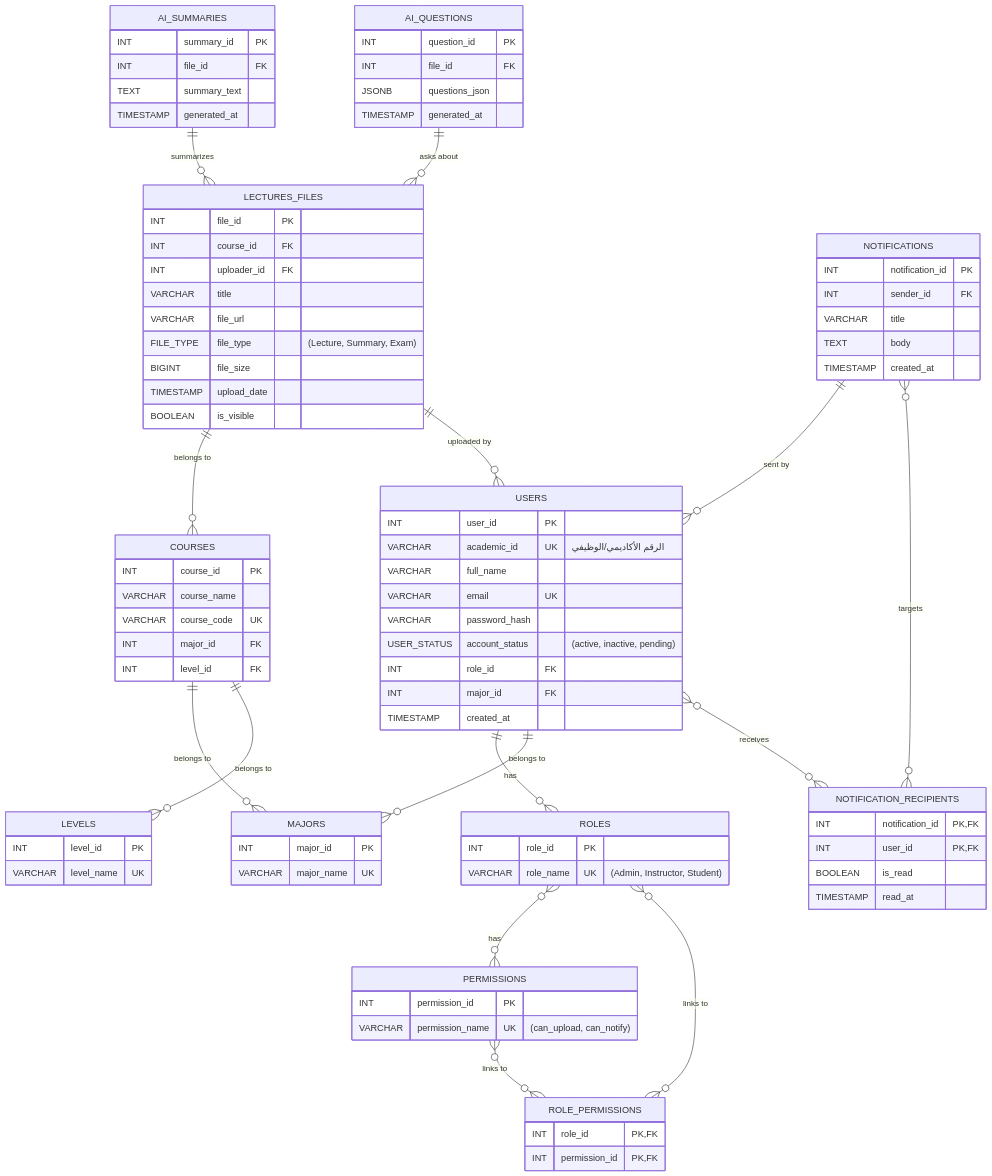
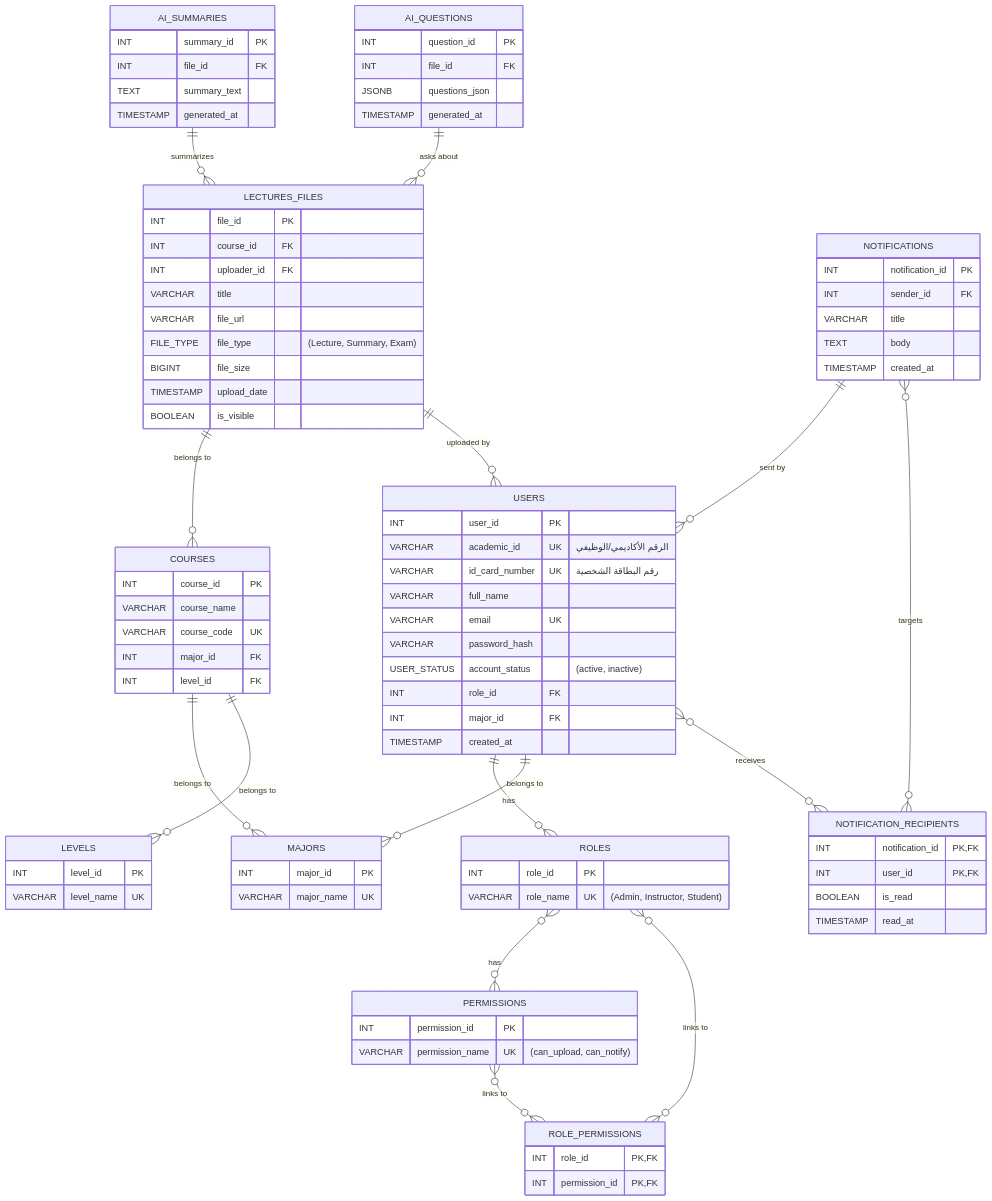
The diagram in Architecture/DATABASE.md (MoainAlabbasi/Documentation), drawn with Mermaid before and after one commit. The commit also changed other lines of this file and 4 other files, not shown here.

```diff
--- a/Architecture/DATABASE.md
+++ b/Architecture/DATABASE.md
@@ -13,10 +13,11 @@
     USERS {
         INT user_id PK
         VARCHAR academic_id UK "الرقم الأكاديمي/الوظيفي"
-        VARCHAR full_name
-        VARCHAR email UK
-        VARCHAR password_hash
-        USER_STATUS account_status "(active, inactive, pending)"
+            VARCHAR id_card_number UK "رقم البطاقة الشخصية"
+            VARCHAR full_name
+            VARCHAR email UK
+            VARCHAR password_hash
+            USER_STATUS account_status "(active, inactive)"
         INT role_id FK
         INT major_id FK
         TIMESTAMP created_at
```
